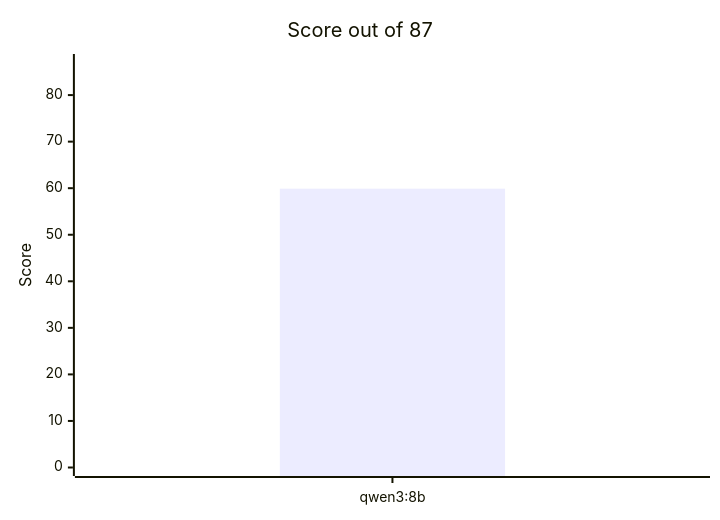
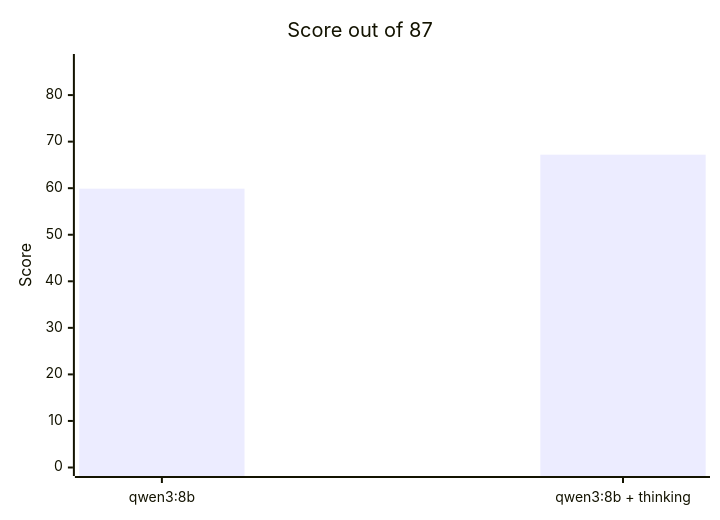
Before and after one commit to sdeparte/kb-meeting-agent: the first of 2 diagrams in docs/benchmarks.md, drawn with Mermaid. The commit also changed other lines of this file, not shown here.

Commit message:
docs(bench): qwen3:8b with thinking on strong

````diff
--- a/docs/benchmarks.md
+++ b/docs/benchmarks.md
@@ -47,7 +48,7 @@
 ```mermaid
 xychart-beta
   title "Score out of 87"
-  x-axis ["qwen3:8b"]
+  x-axis ["qwen3:8b", "qwen3:8b + thinking"]
   y-axis "Score" 0 --> 87
-  bar [59.9]
+  bar [59.9, 67.2]
 ```
````
